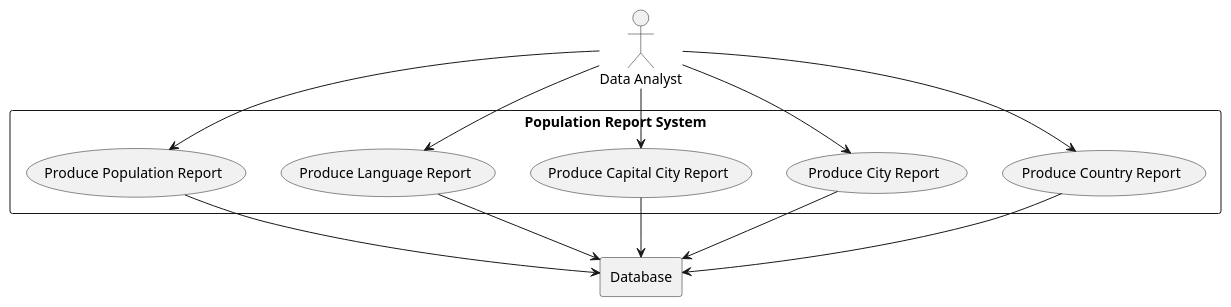
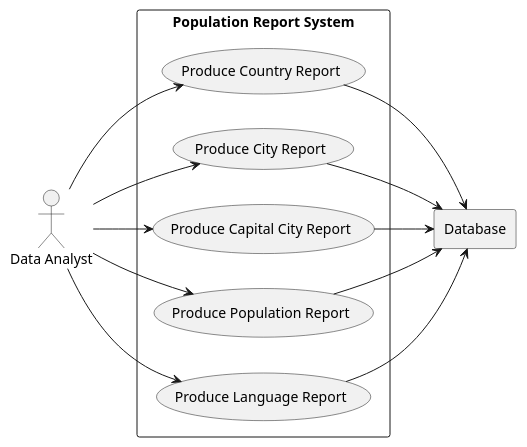
Before and after one commit to group9-devops/devops: the diagram in use-cases/Population Report System.puml, drawn with PlantUML. The commit also changed other lines of this file and 4 other files, not shown here.

```diff
--- a/use-cases/Population Report System.puml
+++ b/use-cases/Population Report System.puml
@@ -1,28 +1,34 @@
 @startuml
 
-actor "Data Analyst" as DA
+left to right direction
 
-rectangle "Database" as DB
+' Define the actor on the left
+actor DA as "Data Analyst"
 
+' Define the external system on the right (as a proper database shape)
+rectangle DB as "Database"
+
+' Define the system and its use cases in the center
 rectangle "Population Report System" {
-  usecase UC1 as "Produce Country Report"
-  usecase UC2 as "Produce City Report"
-  usecase UC3 as "Produce Capital City Report"
-  usecase UC4 as "Produce Language Report"
-  usecase UC5 as "Produce Population Report"
+    usecase UC1 as "Produce Country Report"
+    usecase UC2 as "Produce City Report"
+    usecase UC3 as "Produce Capital City Report"
+    usecase UC5 as "Produce Population Report"
+    usecase UC4 as "Produce Language Report"
 }
 
-' Relationships
+' Connect actor to use cases
 DA --> UC1
 DA --> UC2
 DA --> UC3
 DA --> UC4
 DA --> UC5
 
+' Connect use cases to external database
 UC1 --> DB
 UC2 --> DB
 UC3 --> DB
 UC4 --> DB
 UC5 --> DB
 
 @enduml
```
